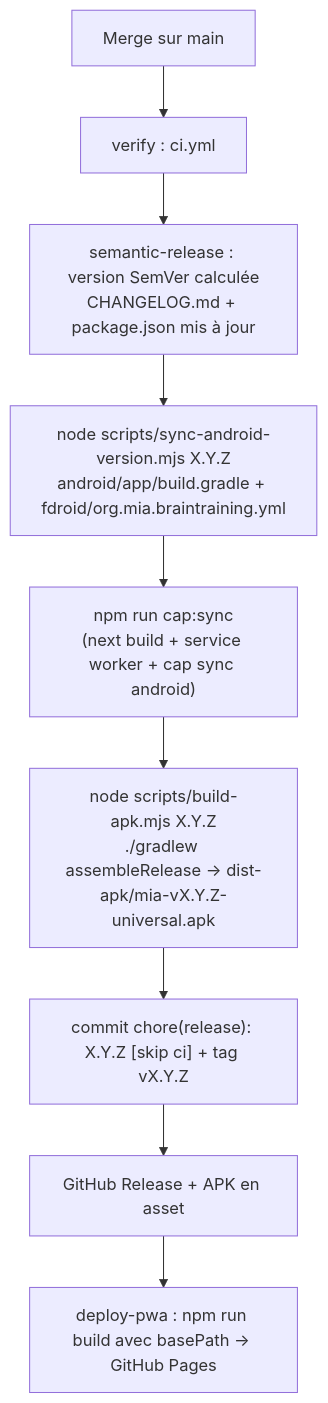
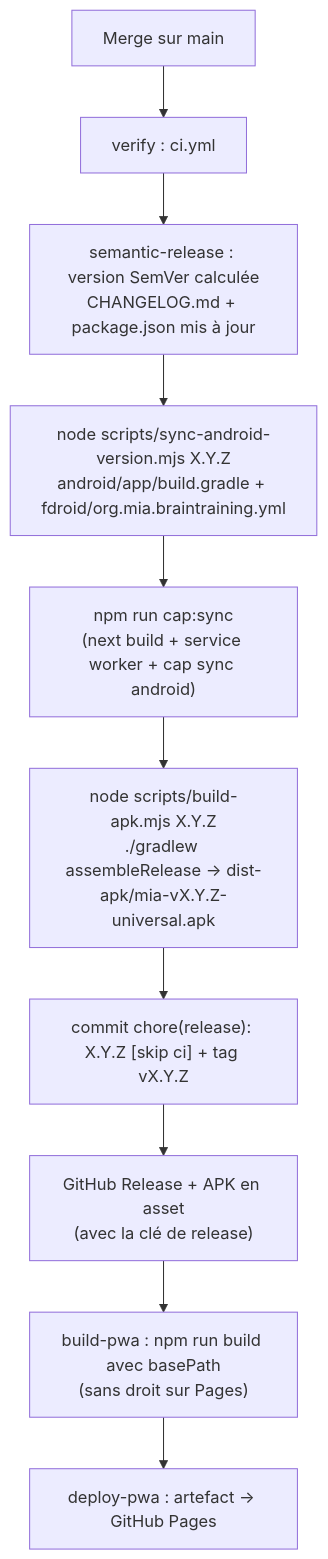
One commit to youtix/mia changed the second of 2 diagrams in README.md. Above: the diagram before and after it, drawn with Mermaid. The commit also changed other lines of this file and 155 other files, not shown here.

````diff
--- a/README.md
+++ b/README.md
@@ -193,11 +193,12 @@
 ```mermaid
 flowchart TD
     Merge["Merge sur main"] --> Verify["verify : ci.yml"]
     Verify --> Analyze["semantic-release : version SemVer calculée<br/>CHANGELOG.md + package.json mis à jour"]
     Analyze --> SyncVersion["node scripts/sync-android-version.mjs X.Y.Z<br/>android/app/build.gradle + fdroid/org.mia.braintraining.yml"]
     SyncVersion --> CapSync["npm run cap:sync<br/>(next build + service worker + cap sync android)"]
     CapSync --> Apk["node scripts/build-apk.mjs X.Y.Z<br/>./gradlew assembleRelease → dist-apk/mia-vX.Y.Z-universal.apk"]
     Apk --> Commit["commit chore(release): X.Y.Z [skip ci] + tag vX.Y.Z"]
-    Commit --> GitHubRelease["GitHub Release + APK en asset"]
-    GitHubRelease --> Pages["deploy-pwa : npm run build avec basePath → GitHub Pages"]
+    Commit --> GitHubRelease["GitHub Release + APK en asset<br/>(avec la clé de release)"]
+    GitHubRelease --> BuildPwa["build-pwa : npm run build avec basePath<br/>(sans droit sur Pages)"]
+    BuildPwa --> Pages["deploy-pwa : artefact → GitHub Pages"]
 ```
````
